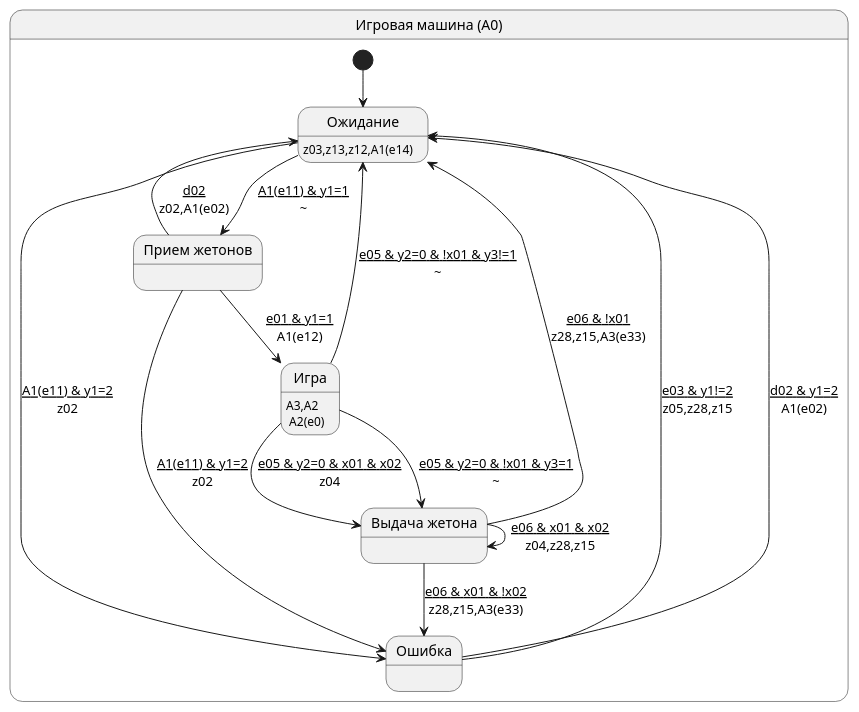
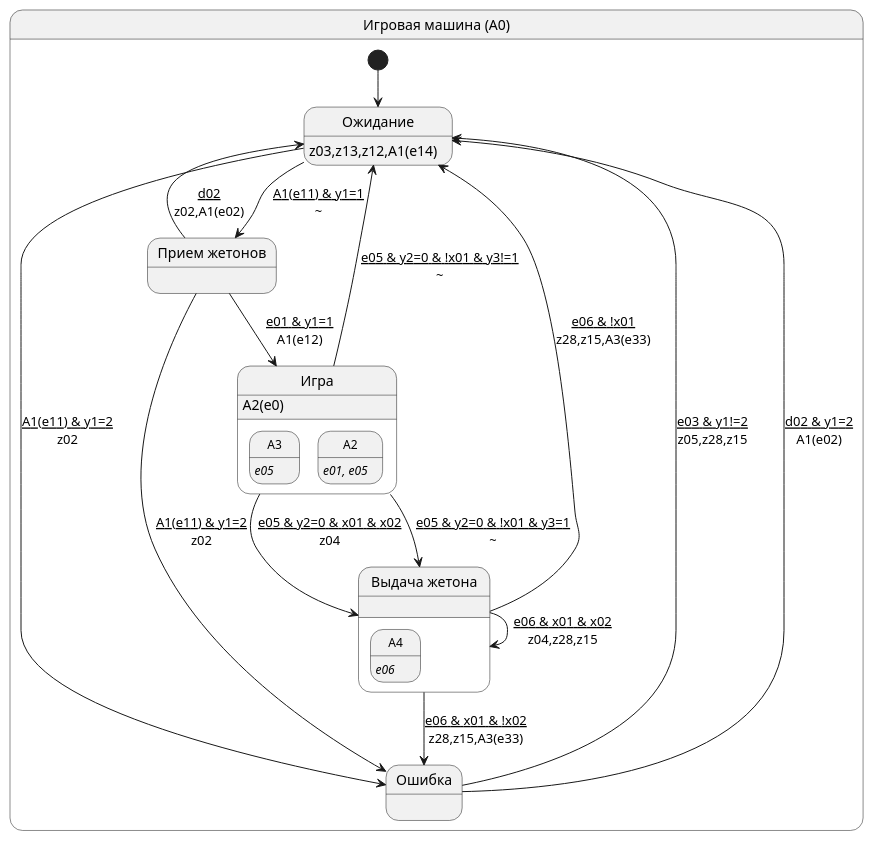
Before and after one commit to PhoenixNazarov/fsm-multiply: the diagram in articles/multiply_many_nested/puml/a0.puml, drawn with PlantUML. The commit also changed 13 other files, not shown here.

First line of the commit message:
Regenerate article diagrams/tables/PDF for A4 and fixed nested toUML()

```diff
--- a/articles/multiply_many_nested/puml/a0.puml
+++ b/articles/multiply_many_nested/puml/a0.puml
@@ -1,24 +1,31 @@
 @startuml
 skinparam backgroundColor white
 state "Игровая машина (A0)" as A0 {
     [*] --> A00
-    state "Ожидание" as A00 :  z03,z13,z12,A1(e14)
-    state "Прием жетонов" as A01 :  
-    state "Игра" as A02 : A3,A2\n A2(e0)
-    state "Ошибка" as A03 :  
-    state "Выдача жетона" as A04 :  
+    state "Ожидание" as A00 : <size:14>z03,z13,z12,A1(e14)
+    state "Прием жетонов" as A01 : 
+    state "Игра" as A02 : <size:14>A2(e0)
+    state "Ошибка" as A03 : 
+    state "Выдача жетона" as A04 : 
+    state "Игра" as A02 {
+        state "<size:12>A3" as F1 : <size:12><i>e05
+        state "<size:12>A2" as F2 : <size:12><i>e01, e05
+    }
+    state "Выдача жетона" as A04 {
+        state "<size:12>A4" as F3 : <size:12><i>e06
+    }
     A00 --> A01 : <u>A1(e11) & y1=1\n~
     A00 --> A03 : <u>A1(e11) & y1=2\nz02
     A01 --> A00 : <u>d02\nz02,A1(e02)
     A01 --> A02 : <u>e01 & y1=1\nA1(e12)
     A01 --> A03 : <u>A1(e11) & y1=2\nz02
     A02 --> A04 : <u>e05 & y2=0 & x01 & x02\nz04
     A02 --> A04 : <u>e05 & y2=0 & !x01 & y3=1\n~
     A02 --> A00 : <u>e05 & y2=0 & !x01 & y3!=1\n~
     A03 --> A00 : <u>e03 & y1!=2\nz05,z28,z15
     A03 --> A00 : <u>d02 & y1=2\nA1(e02)
     A04 --> A04 : <u>e06 & x01 & x02\nz04,z28,z15
     A04 --> A03 : <u>e06 & x01 & !x02\nz28,z15,A3(e33)
     A04 --> A00 : <u>e06 & !x01\nz28,z15,A3(e33)
 }
 @enduml
```
